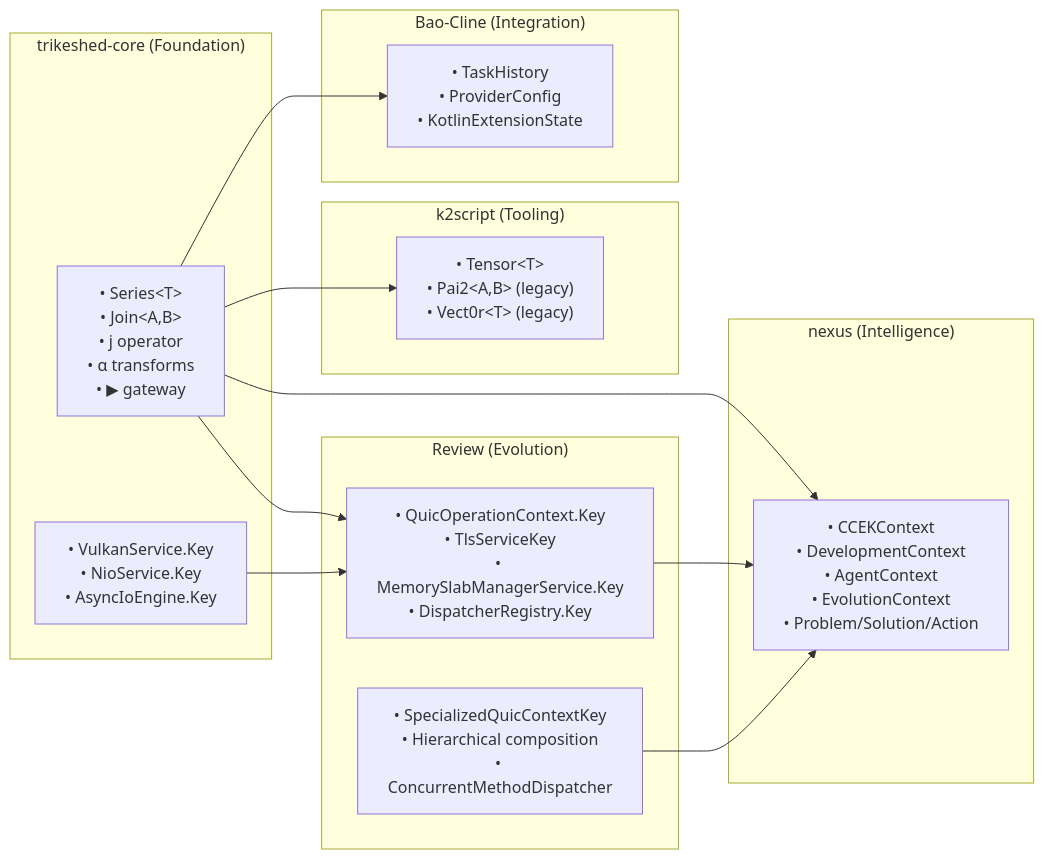
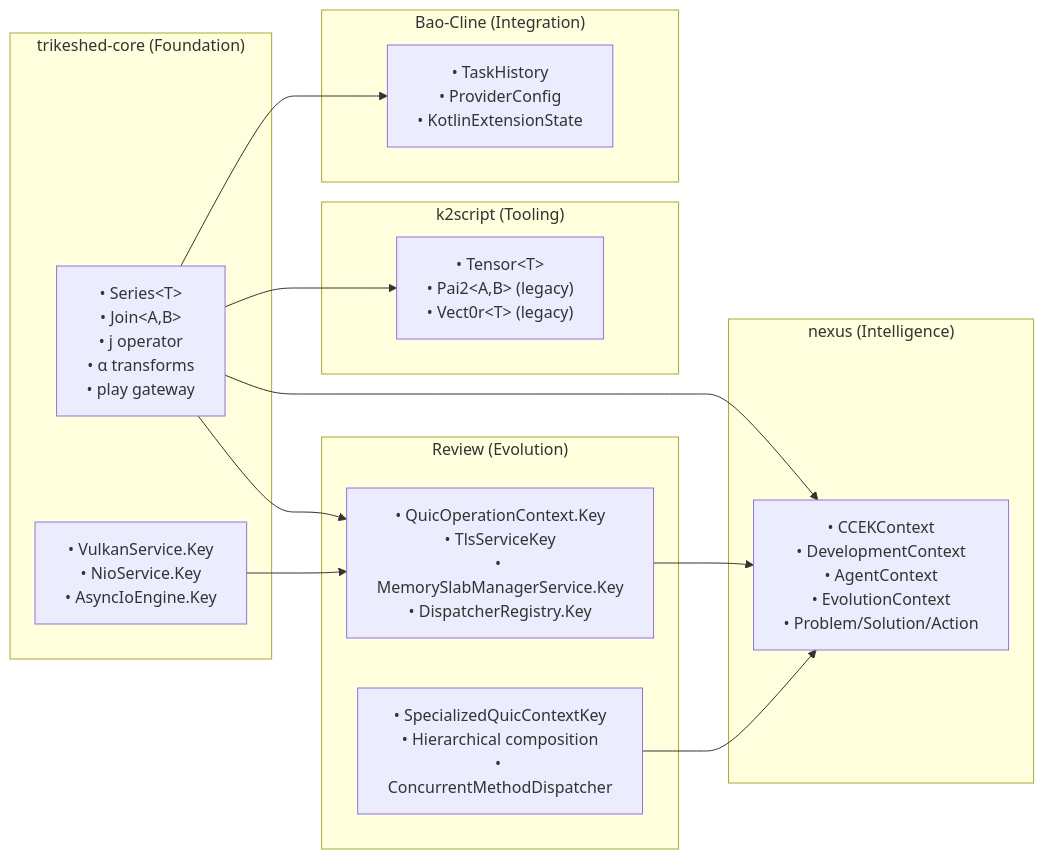
One commit to jnorthrup/superbikeshed changed the second of 4 diagrams in ccek_typealiases_linkage.md. Above: the diagram before and after it, drawn with Mermaid. The commit also changed other lines of this file and 139 other files, not shown here.

````diff
--- a/ccek_typealiases_linkage.md
+++ b/ccek_typealiases_linkage.md
@@ -92,32 +92,32 @@
 ```mermaid
 graph LR
     subgraph "trikeshed-core (Foundation)"
-        CoreTypes["• Series&lt;T&gt;<br/>• Join&lt;A,B&gt;<br/>• j operator<br/>• α transforms<br/>• ▶ gateway"]
+        CoreTypes["• Series&lt;T&gt;<br/>• Join&lt;A,B&gt;<br/>• j operator<br/>• α transforms<br/>• play gateway"]
         CoreServices["• VulkanService.Key<br/>• NioService.Key<br/>• AsyncIoEngine.Key"]
     end
     
     subgraph "Review (Evolution)"
         EvolutionTypes["• QuicOperationContext.Key<br/>• TlsServiceKey<br/>• MemorySlabManagerService.Key<br/>• DispatcherRegistry.Key"]
         CCEK["• SpecializedQuicContextKey<br/>• Hierarchical composition<br/>• ConcurrentMethodDispatcher"]
     end
     
     subgraph "nexus (Intelligence)"
         NexusTypes["• CCEKContext<br/>• DevelopmentContext<br/>• AgentContext<br/>• EvolutionContext<br/>• Problem/Solution/Action"]
     end
     
     subgraph "k2script (Tooling)"
         ScriptTypes["• Tensor&lt;T&gt;<br/>• Pai2&lt;A,B&gt; (legacy)<br/>• Vect0r&lt;T&gt; (legacy)"]
     end
     
     subgraph "Bao-Cline (Integration)"
         TaskTypes["• TaskHistory<br/>• ProviderConfig<br/>• KotlinExtensionState"]
     end
     
     CoreTypes --> EvolutionTypes
     CoreTypes --> NexusTypes
     CoreTypes --> ScriptTypes
     CoreTypes --> TaskTypes
     CoreServices --> EvolutionTypes
     EvolutionTypes --> NexusTypes
     CCEK --> NexusTypes
 ```
````
